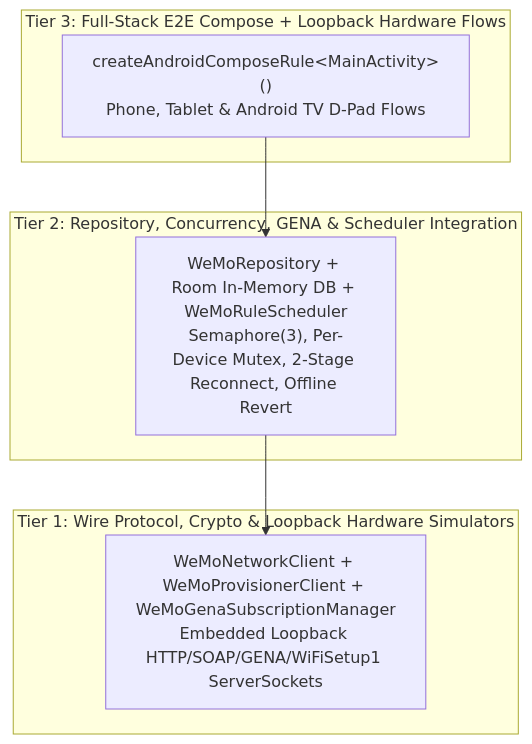
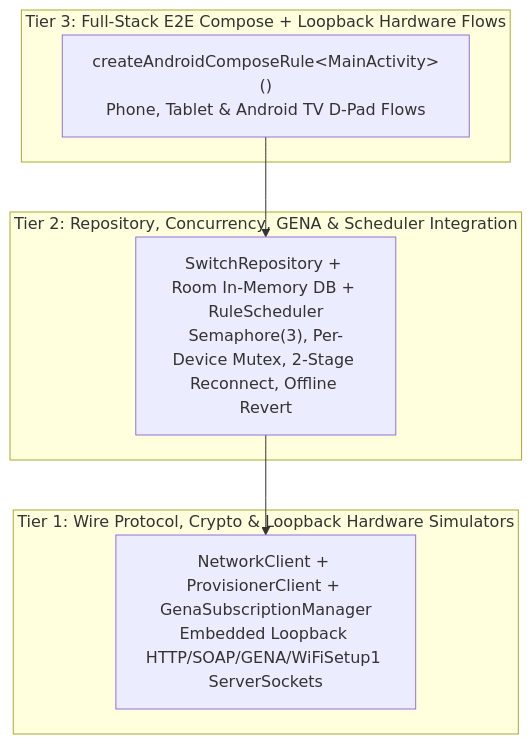
Before and after one commit to MichaelRHead/WeMi-light-control: the diagram in .agents/skills/android-e2e-testing/SKILL.md, drawn with Mermaid. The commit also changed other lines of this file and 11 other files, not shown here.

````diff
--- a/.agents/skills/android-e2e-testing/SKILL.md
+++ b/.agents/skills/android-e2e-testing/SKILL.md
@@ -18,13 +18,13 @@
 ```mermaid
 flowchart TD
     subgraph Tier3["Tier 3: Full-Stack E2E Compose + Loopback Hardware Flows"]
         UI["createAndroidComposeRule&lt;MainActivity&gt;()\nPhone, Tablet & Android TV D-Pad Flows"]
     end
     subgraph Tier2["Tier 2: Repository, Concurrency, GENA & Scheduler Integration"]
-        Repo["WeMoRepository + Room In-Memory DB + WeMoRuleScheduler\nSemaphore(3), Per-Device Mutex, 2-Stage Reconnect, Offline Revert"]
+        Repo["SwitchRepository + Room In-Memory DB + RuleScheduler\nSemaphore(3), Per-Device Mutex, 2-Stage Reconnect, Offline Revert"]
     end
     subgraph Tier1["Tier 1: Wire Protocol, Crypto & Loopback Hardware Simulators"]
-        Net["WeMoNetworkClient + WeMoProvisionerClient + WeMoGenaSubscriptionManager\nEmbedded Loopback HTTP/SOAP/GENA/WiFiSetup1 ServerSockets"]
+        Net["NetworkClient + ProvisionerClient + GenaSubscriptionManager\nEmbedded Loopback HTTP/SOAP/GENA/WiFiSetup1 ServerSockets"]
     end
     UI --> Repo --> Net
 ```
````
